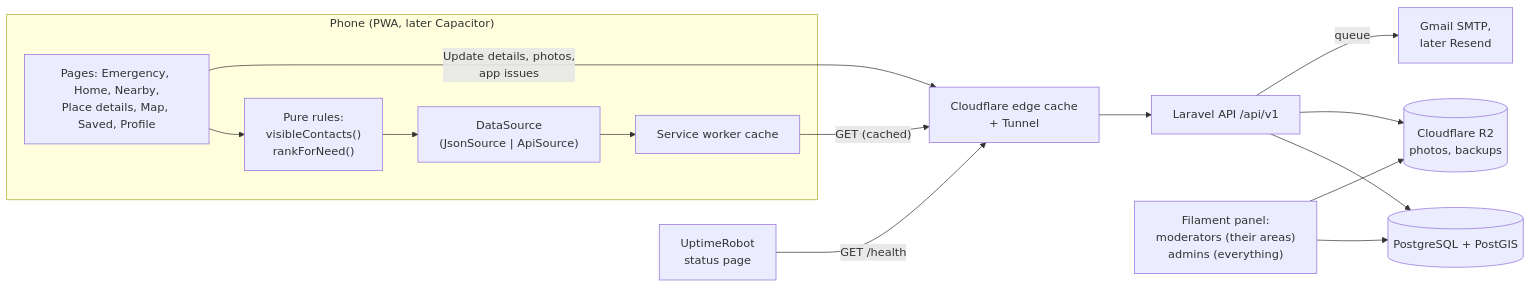
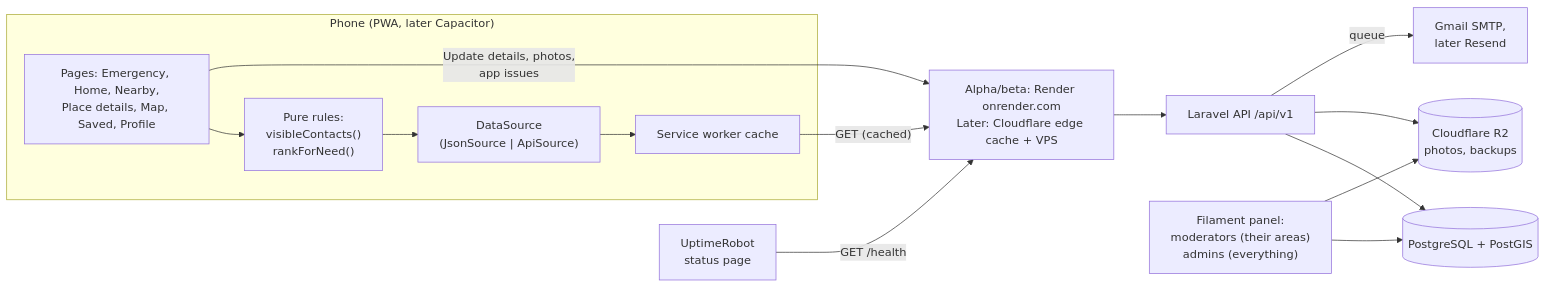
Before and after one commit to gitpushfrances/bulig: the first of 2 diagrams in docs/ARCHITECTURE.md, drawn with Mermaid. The commit also changed other lines of this file and 3 other files, not shown here.

First line of the commit message:
docs: alpha and beta run on Render + Neon (no card, no local Docker) (#32)

````diff
--- a/docs/ARCHITECTURE.md
+++ b/docs/ARCHITECTURE.md
@@ -50,19 +52,19 @@
 ```mermaid
 flowchart LR
   subgraph Phone["Phone (PWA, later Capacitor)"]
     UI["Pages: Emergency, Home, Nearby,\nPlace details, Map, Saved, Profile"]
     Rules["Pure rules:\nvisibleContacts()\nrankForNeed()"]
     DS["DataSource\n(JsonSource | ApiSource)"]
     SW["Service worker cache"]
     UI --> Rules --> DS --> SW
   end
-  SW -- "GET (cached)" --> CF["Cloudflare edge cache\n+ Tunnel"]
+  SW -- "GET (cached)" --> CF["Alpha/beta: Render onrender.com\nLater: Cloudflare edge cache + VPS"]
   UI -- "Update details, photos,\napp issues" --> CF
   CF --> API["Laravel API /api/v1"]
   API --> DB[("PostgreSQL + PostGIS")]
   API --> R2[("Cloudflare R2\nphotos, backups")]
   API -- "queue" --> Mail["Gmail SMTP,\nlater Resend"]
   Panel["Filament panel:\nmoderators (their areas)\nadmins (everything)"] --> DB
   Panel --> R2
   Up["UptimeRobot\nstatus page"] -- "GET /health" --> CF
 ```
````
